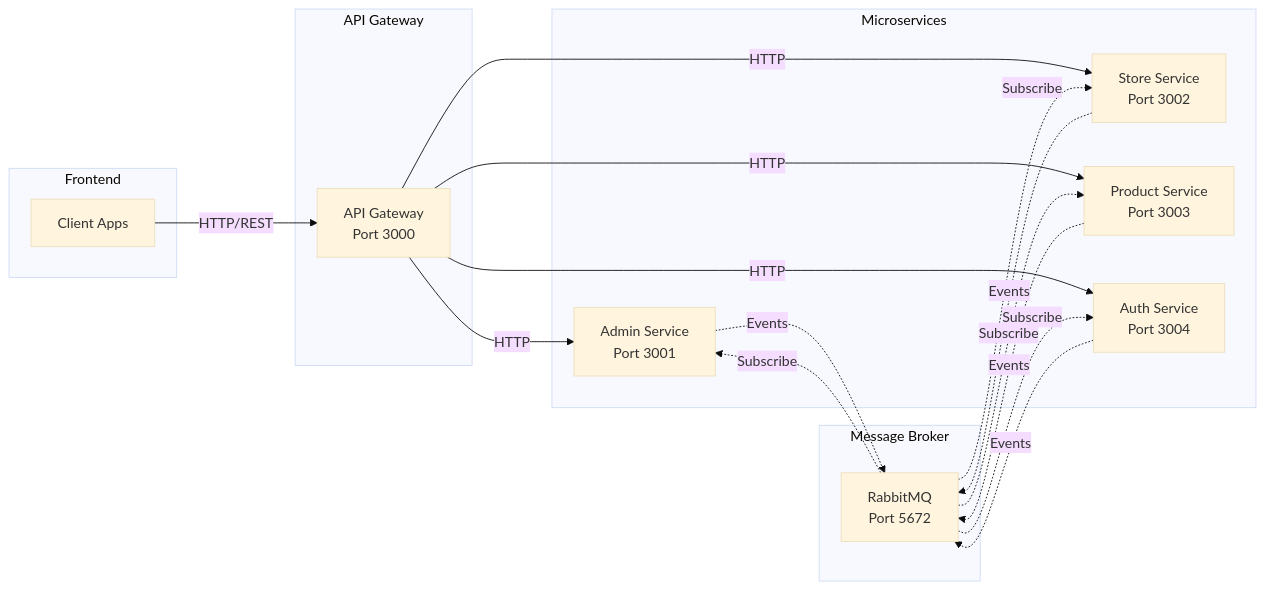
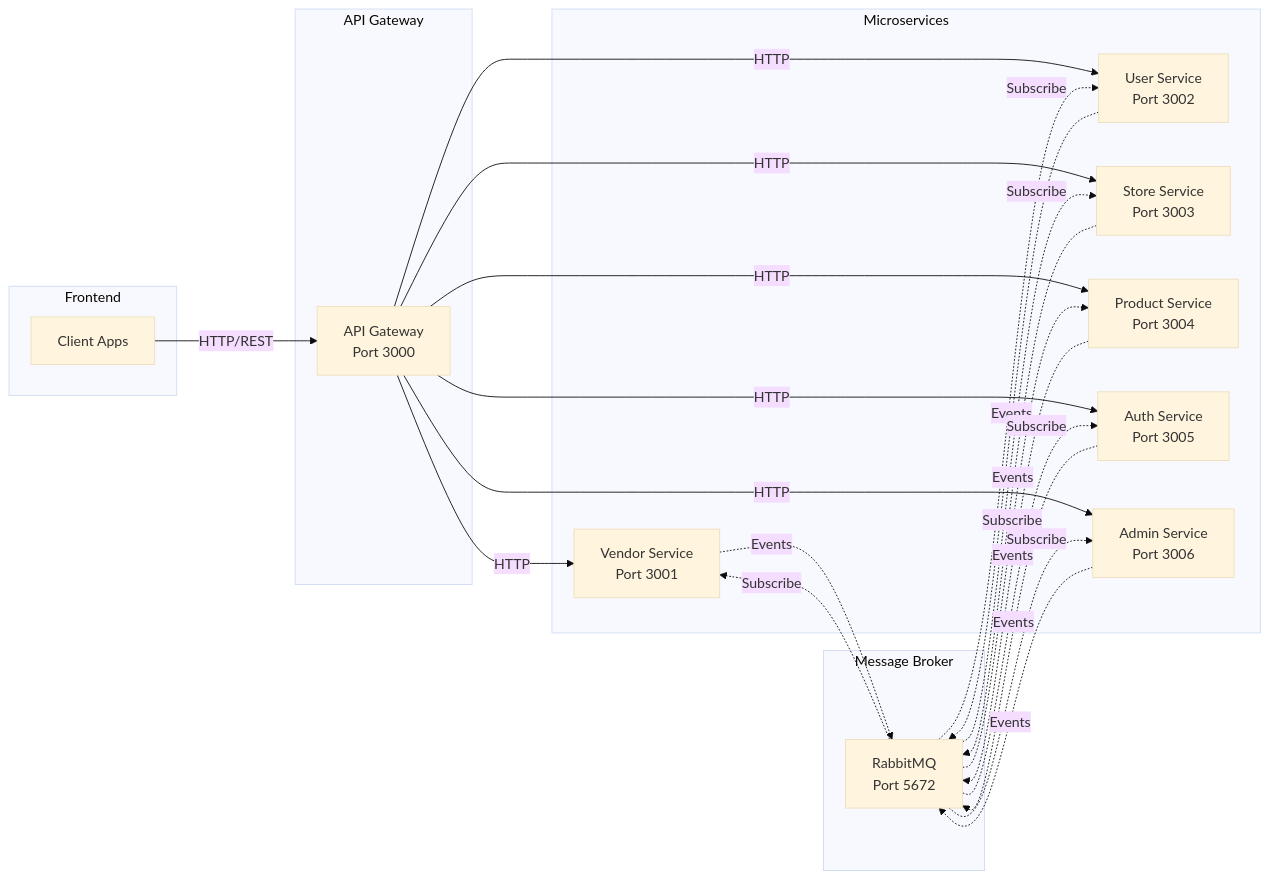
One commit to Miri121/my-mall changed the second of 11 diagrams in plans/ARCHITECTURE_DIAGRAM.md. Above: the diagram before and after it, drawn with Mermaid (base theme). The commit also changed other lines of this file and 3 other files, not shown here.

````diff
--- a/plans/ARCHITECTURE_DIAGRAM.md
+++ b/plans/ARCHITECTURE_DIAGRAM.md
@@ -111,37 +121,45 @@
 ```mermaid
 graph LR
     subgraph "Frontend"
         Client[Client Apps]
     end
 
     subgraph "API Gateway"
         Gateway[API Gateway<br/>Port 3000]
     end
 
     subgraph "Microservices"
-        Admin[Admin Service<br/>Port 3001]
-        Store[Store Service<br/>Port 3002]
-        Product[Product Service<br/>Port 3003]
-        Auth[Auth Service<br/>Port 3004]
+        Vendor[Vendor Service<br/>Port 3001]
+        User[User Service<br/>Port 3002]
+        Store[Store Service<br/>Port 3003]
+        Product[Product Service<br/>Port 3004]
+        Auth[Auth Service<br/>Port 3005]
+        Admin[Admin Service<br/>Port 3006]
     end
 
     subgraph "Message Broker"
         RabbitMQ[RabbitMQ<br/>Port 5672]
     end
 
     Client -->|HTTP/REST| Gateway
-    Gateway -->|HTTP| Admin
+    Gateway -->|HTTP| Vendor
+    Gateway -->|HTTP| User
     Gateway -->|HTTP| Store
     Gateway -->|HTTP| Product
     Gateway -->|HTTP| Auth
+    Gateway -->|HTTP| Admin
 
-    Admin -.->|Events| RabbitMQ
+    Vendor -.->|Events| RabbitMQ
+    User -.->|Events| RabbitMQ
     Store -.->|Events| RabbitMQ
     Product -.->|Events| RabbitMQ
     Auth -.->|Events| RabbitMQ
+    Admin -.->|Events| RabbitMQ
 
-    RabbitMQ -.->|Subscribe| Admin
+    RabbitMQ -.->|Subscribe| Vendor
+    RabbitMQ -.->|Subscribe| User
     RabbitMQ -.->|Subscribe| Store
     RabbitMQ -.->|Subscribe| Product
     RabbitMQ -.->|Subscribe| Auth
+    RabbitMQ -.->|Subscribe| Admin
 ```
````
